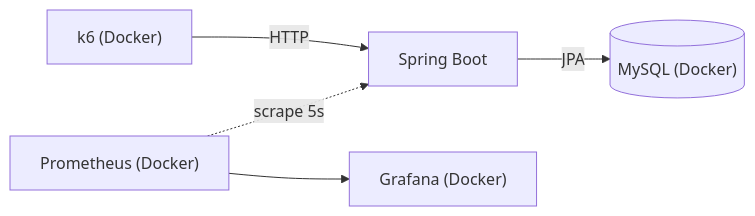
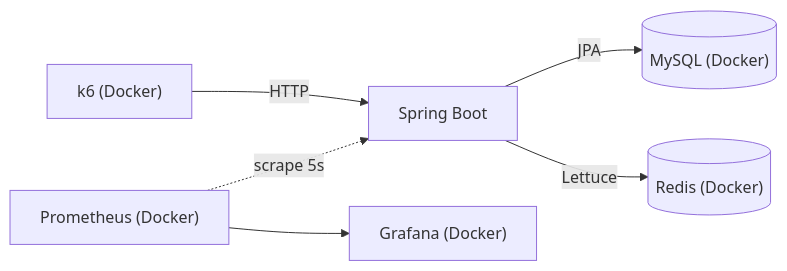
Before and after one commit to Dev-sungmin/coupon-lab: the diagram in README.md, drawn with Mermaid. The commit also changed other lines of this file and 5 other files, not shown here.

`````diff
--- a/README.md
+++ b/README.md
@@ -74,7 +84,8 @@
 ````mermaid
 flowchart LR
     k6["k6 (Docker)"] -->|HTTP| app["Spring Boot"]
     app -->|JPA| mysql[("MySQL (Docker)")]
+    app -->|Lettuce| redis[("Redis (Docker)")]
     prom["Prometheus (Docker)"] -.->|scrape 5s| app
     prom --> grafana["Grafana (Docker)"]
 ````
`````
